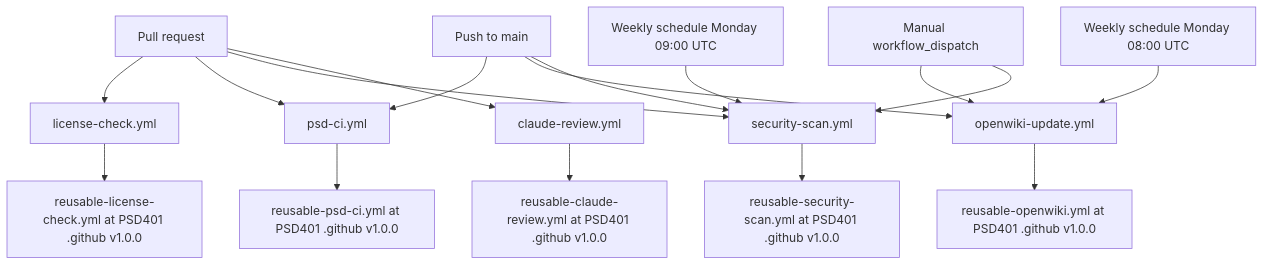
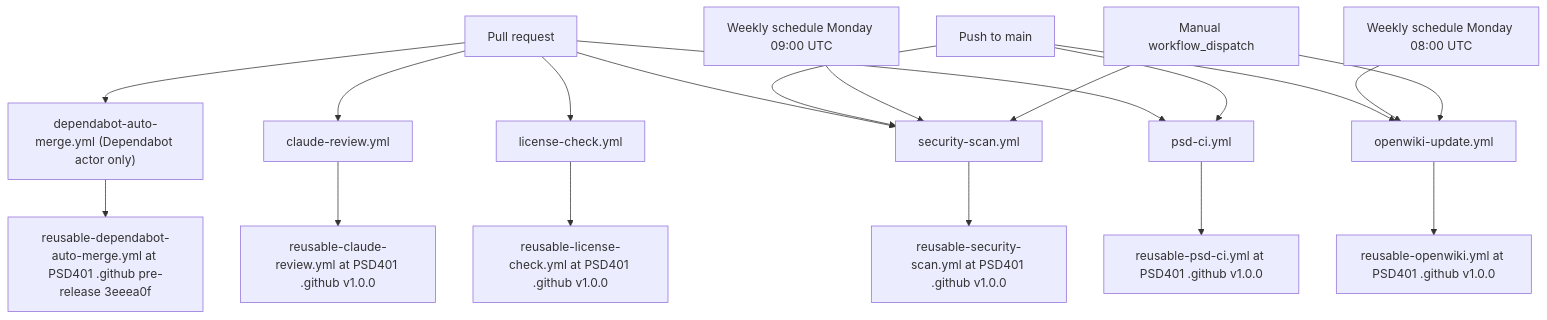
Before and after one commit to psd401/psd-standards-canary: the diagram in openwiki/delivery/ci-workflows.md, drawn with Mermaid. The commit also changed other lines of this file and 6 other files, not shown here.

````diff
--- a/openwiki/delivery/ci-workflows.md
+++ b/openwiki/delivery/ci-workflows.md
@@ -21,19 +21,21 @@
 ```mermaid
 flowchart TD
   PR["Pull request"] --> LC["license-check.yml"]
   PR --> CI["psd-ci.yml"]
   PR --> SS["security-scan.yml"]
   PR --> CR["claude-review.yml"]
+  PR --> DAM["dependabot-auto-merge.yml (Dependabot actor only)"]
   PUSH["Push to main"] --> CI
   PUSH --> OW["openwiki-update.yml"]
   PUSH --> SS
   CRON["Weekly schedule Monday 08:00 UTC"] --> OW
   SCAN["Weekly schedule Monday 09:00 UTC"] --> SS
   MANUAL["Manual workflow_dispatch"] --> OW
   MANUAL --> SS
   CI --> RCI["reusable-psd-ci.yml at PSD401 .github v1.0.0"]
   LC --> RLC["reusable-license-check.yml at PSD401 .github v1.0.0"]
   OW --> ROW["reusable-openwiki.yml at PSD401 .github v1.0.0"]
   SS --> RSS["reusable-security-scan.yml at PSD401 .github v1.0.0"]
   CR --> RCR["reusable-claude-review.yml at PSD401 .github v1.0.0"]
+  DAM --> RDAM["reusable-dependabot-auto-merge.yml at PSD401 .github pre-release 3eeea0f"]
 ```
````
